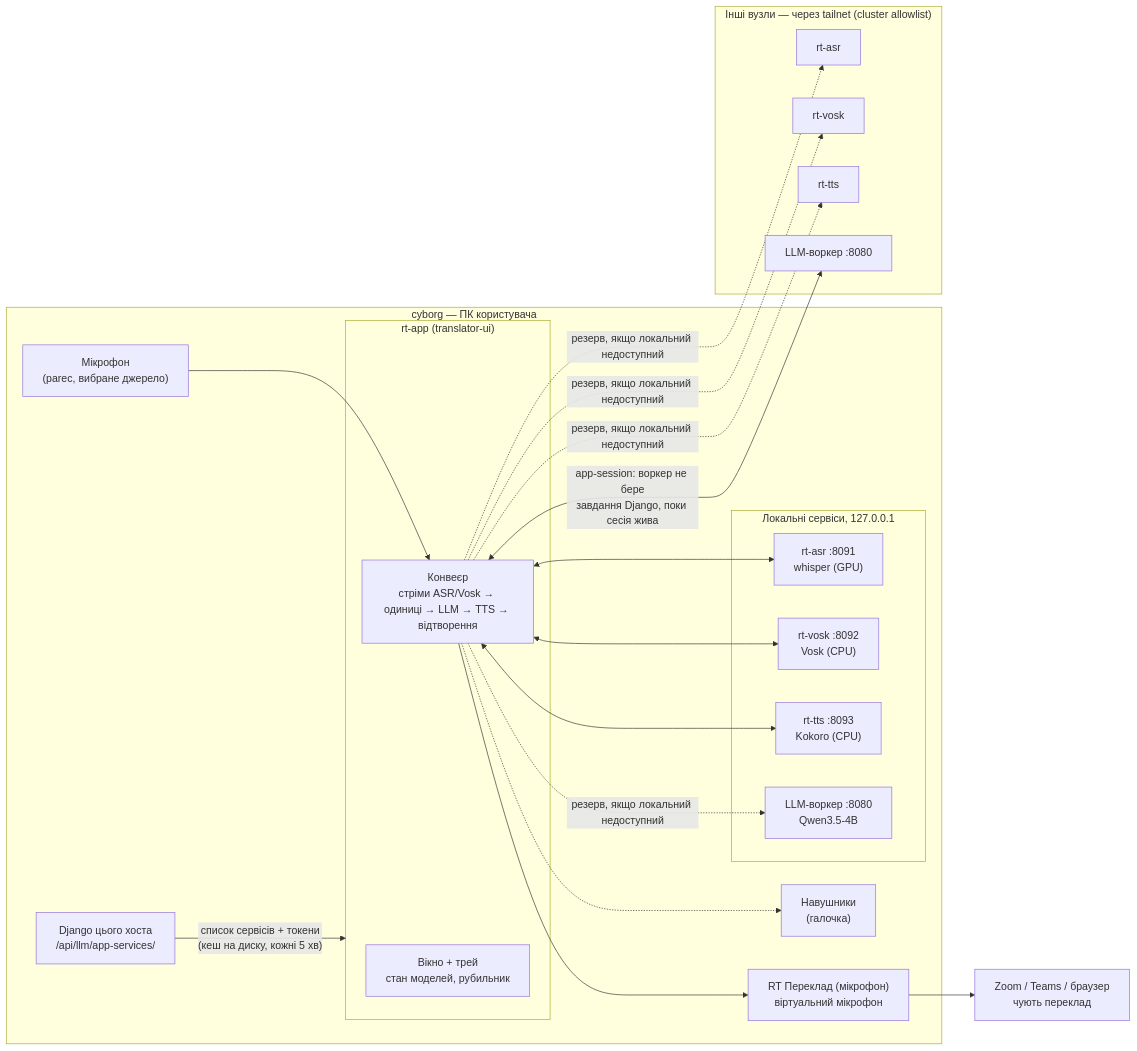
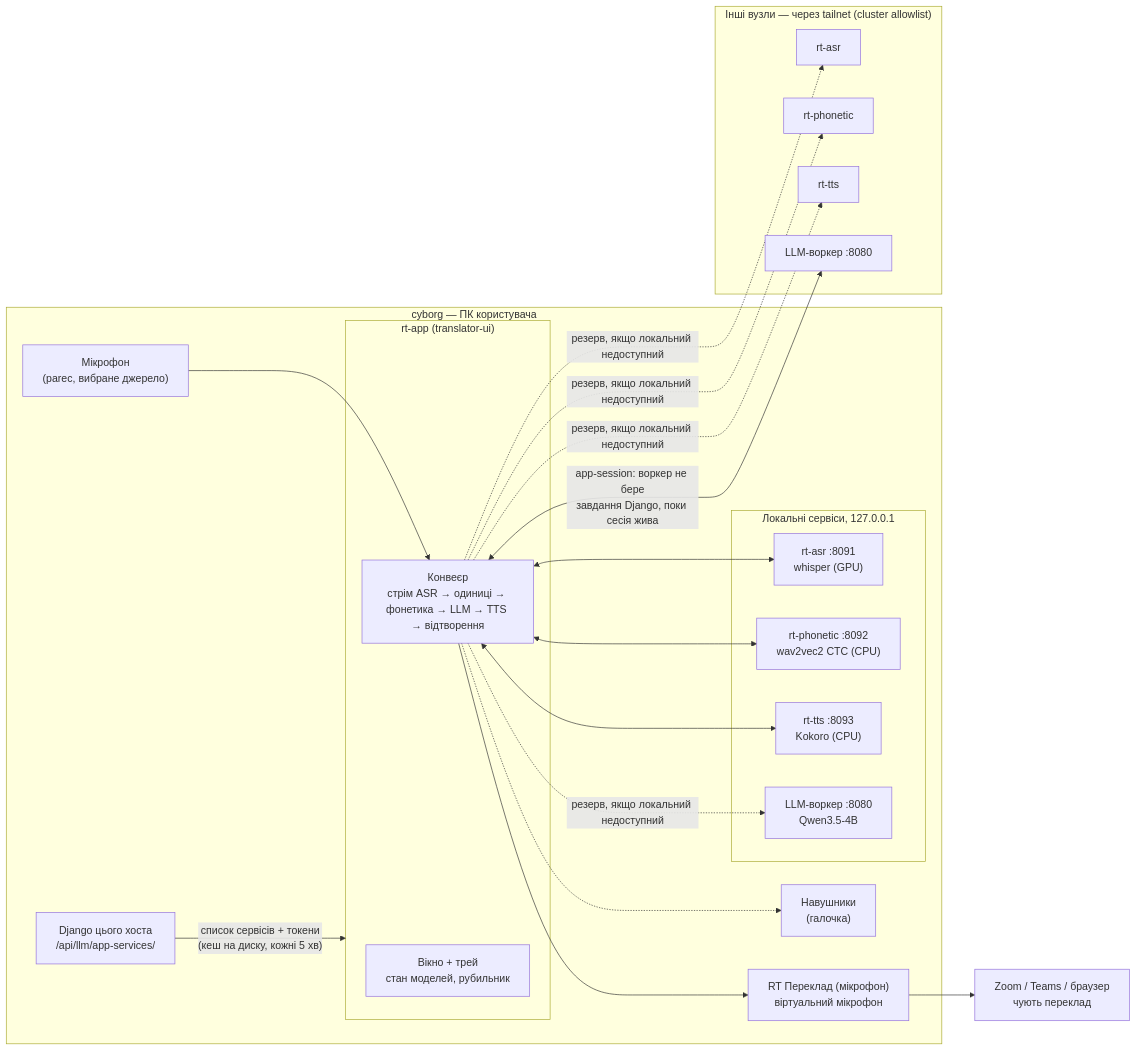
One commit to DohuyaMa/realtime-translation changed the first of 4 diagrams in docs/pipeline-diagrams.md. Above: the diagram before and after it, drawn with Mermaid. The commit also changed other lines of this file and 7 other files, not shown here.

First line of the commit message:
docs(phonetic): rt-phonetic replaces Vosk in CLAUDE.md, USAGE, diagrams, spec §8; bench + replay evidence

````diff
--- a/docs/pipeline-diagrams.md
+++ b/docs/pipeline-diagrams.md
@@ -11,35 +12,35 @@
 ```mermaid
 flowchart LR
   subgraph PC["cyborg — ПК користувача"]
     MIC["Мікрофон<br/>(parec, вибране джерело)"]
     subgraph APP["rt-app (translator-ui)"]
-      PIPE["Конвеєр<br/>стріми ASR/Vosk → одиниці → LLM → TTS → відтворення"]
+      PIPE["Конвеєр<br/>стрім ASR → одиниці → фонетика → LLM → TTS → відтворення"]
       UI["Вікно + трей<br/>стан моделей, рубильник"]
     end
     subgraph LOCAL["Локальні сервіси, 127.0.0.1"]
       ASR["rt-asr :8091<br/>whisper (GPU)"]
-      VOSK["rt-vosk :8092<br/>Vosk (CPU)"]
+      PHON["rt-phonetic :8092<br/>wav2vec2 CTC (CPU)"]
       TTS["rt-tts :8093<br/>Kokoro (CPU)"]
       W1["LLM-воркер :8080<br/>Qwen3.5-4B"]
     end
     DJ1["Django цього хоста<br/>/api/llm/app-services/"]
     VM["RT Переклад (мікрофон)<br/>віртуальний мікрофон"]
     HP["Навушники<br/>(галочка)"]
   end
 
   subgraph SK["Інші вузли — через tailnet (cluster allowlist)"]
     ASR2["rt-asr"]
-    VOSK2["rt-vosk"]
+    PHON2["rt-phonetic"]
     TTS2["rt-tts"]
     W2["LLM-воркер :8080"]
   end
 
   DJ1 -- "список сервісів + токени<br/>(кеш на диску, кожні 5 хв)" --> APP
   MIC --> PIPE
-  PIPE <--> ASR & VOSK & TTS
+  PIPE <--> ASR & PHON & TTS
   PIPE <-- "app-session: воркер не бере<br/>завдання Django, поки сесія жива" --> W2
-  PIPE -. "резерв, якщо локальний недоступний" .-> ASR2 & VOSK2 & TTS2 & W1
+  PIPE -. "резерв, якщо локальний недоступний" .-> ASR2 & PHON2 & TTS2 & W1
   PIPE --> VM
   PIPE -.-> HP
   VM --> OTHER["Zoom / Teams / браузер<br/>чують переклад"]
 ```
````
